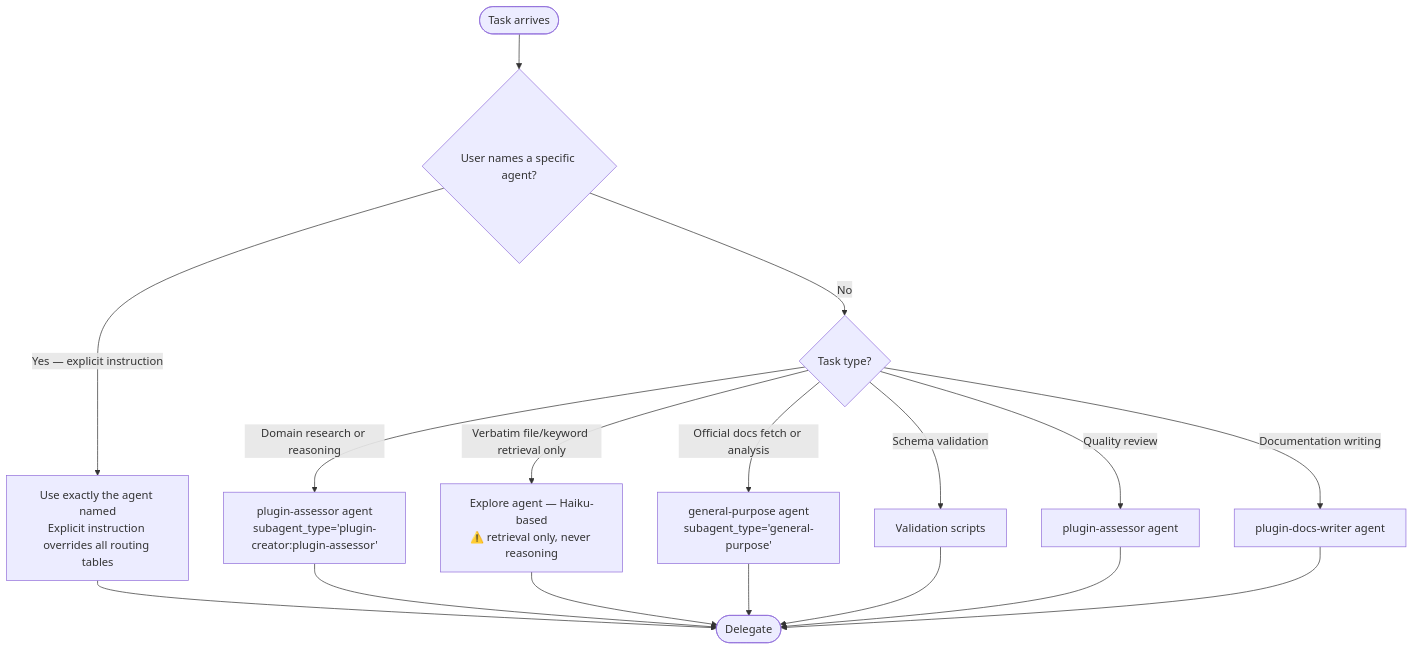
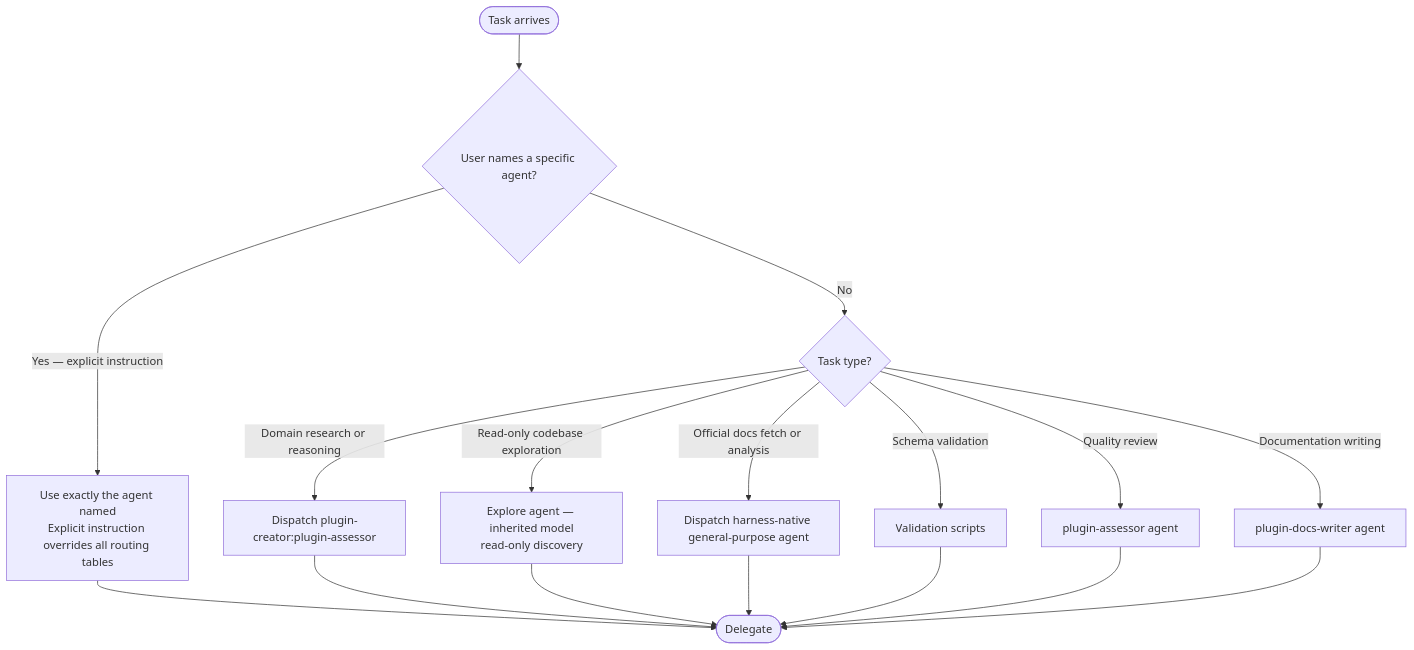
One commit to Jamie-BitFlight/claude_skills changed the first of 2 diagrams in plugins/plugin-creator/skills/plugin-creator/SKILL.md. Above: the diagram before and after it, drawn with Mermaid. The commit also changed other lines of this file and 119 other files, not shown here.

First line of the commit message:
docs(plugin-creator): refresh Agent Skills claims (#3854)

````diff
--- a/plugins/plugin-creator/skills/plugin-creator/SKILL.md
+++ b/plugins/plugin-creator/skills/plugin-creator/SKILL.md
@@ -23,19 +23,19 @@
 ```mermaid
 flowchart TD
     Start([Task arrives]) --> Q1{User names a specific agent?}
     Q1 -->|Yes — explicit instruction| Override["Use exactly the agent named<br>Explicit instruction overrides all routing tables"]
     Q1 -->|No| Q2{Task type?}
-    Q2 -->|Domain research or reasoning| CG["plugin-assessor agent<br>subagent_type='plugin-creator:plugin-assessor'"]
-    Q2 -->|Verbatim file/keyword retrieval only| Explore["Explore agent — Haiku-based<br>⚠️ retrieval only, never reasoning"]
-    Q2 -->|Official docs fetch or analysis| GP["general-purpose agent<br>subagent_type='general-purpose'"]
+    Q2 -->|Domain research or reasoning| CG["Dispatch plugin-creator:plugin-assessor"]
+    Q2 -->|Read-only codebase exploration| Explore["Explore agent — inherited model<br>read-only discovery"]
+    Q2 -->|Official docs fetch or analysis| GP["Dispatch harness-native general-purpose agent"]
     Q2 -->|Schema validation| Scripts[Validation scripts]
     Q2 -->|Quality review| Assessor["plugin-assessor agent"]
     Q2 -->|Documentation writing| Docs["plugin-docs-writer agent"]
     Override --> Done([Delegate])
     CG --> Done
     Explore --> Done
     GP --> Done
     Scripts --> Done
     Assessor --> Done
     Docs --> Done
 ```
````
